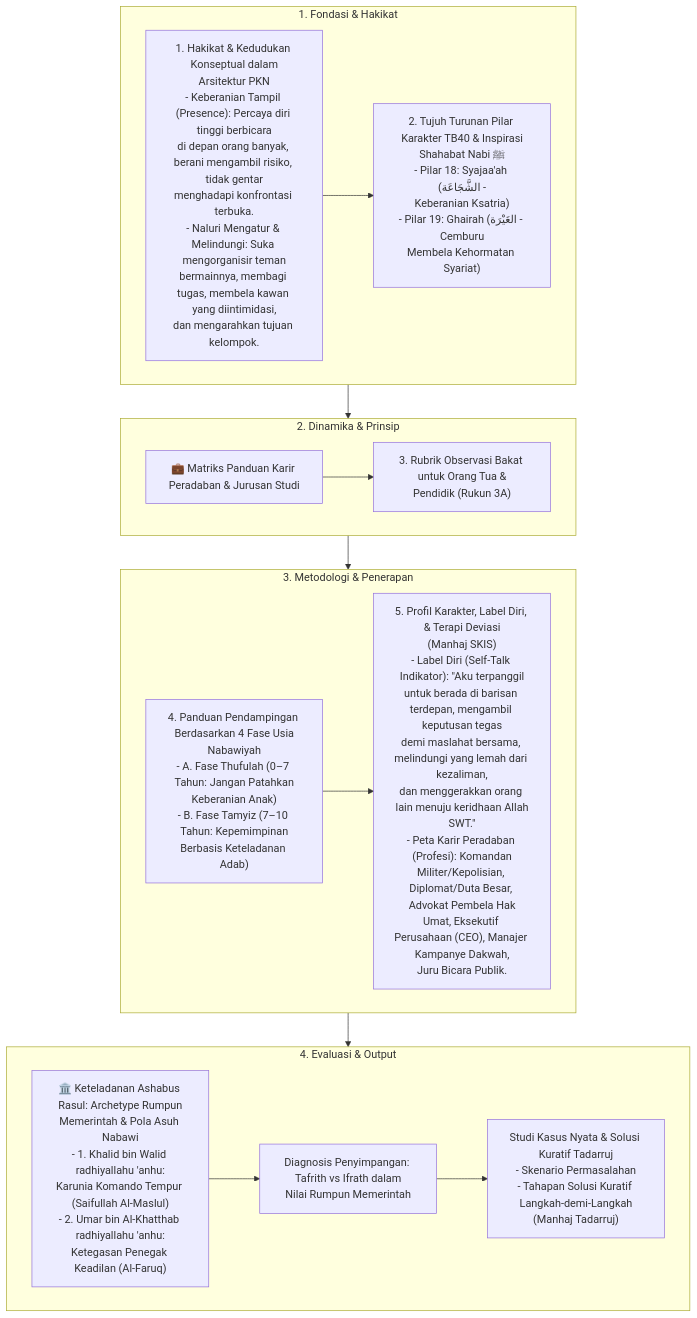
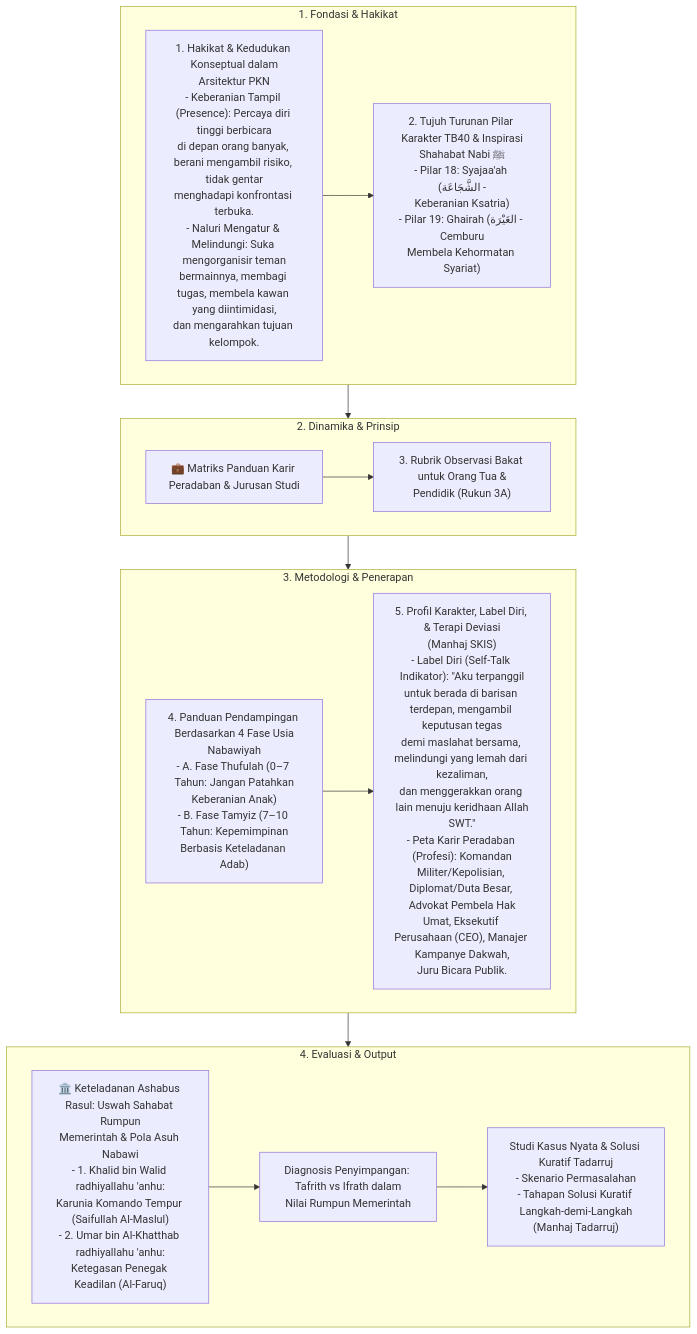
Before and after one commit to decaller/wiki-pkn: the diagram in content_flow/Dokumen Pendidikan Karakter Nabawiyah/Paradigma & Implementasi/Insan/Fitrah (Karakter)/Bakat/Memerintah.md, drawn with Mermaid. The commit also changed 410 other files, not shown here.

Commit message:
feat: create master Glosarium and purify terminology across repo (etape -> fase, archetype -> uswah)

````diff
--- a/content_flow/Dokumen Pendidikan Karakter Nabawiyah/Paradigma & Implementasi/Insan/Fitrah (Karakter)/Bakat/Memerintah.md
+++ b/content_flow/Dokumen Pendidikan Karakter Nabawiyah/Paradigma & Implementasi/Insan/Fitrah (Karakter)/Bakat/Memerintah.md
@@ -10,32 +10,32 @@
 ```mermaid
 flowchart TD
     subgraph S1["1. Fondasi & Hakikat"]
         N1_1["1. Hakikat & Kedudukan Konseptual dalam<br/>Arsitektur PKN<br/>- Keberanian Tampil (Presence): Percaya diri tinggi berbicara<br/>di depan orang banyak, berani mengambil risiko, tidak gentar<br/>menghadapi konfrontasi terbuka.<br/>- Naluri Mengatur & Melindungi: Suka mengorganisir teman<br/>bermainnya, membagi tugas, membela kawan yang diintimidasi,<br/>dan mengarahkan tujuan kelompok."]
         N1_2["2. Tujuh Turunan Pilar Karakter TB40 & Inspirasi<br/>Shahabat Nabi ﷺ<br/>- Pilar 18: Syajaa'ah (الشَّجَاعَة -<br/>Keberanian Ksatria)<br/>- Pilar 19: Ghairah (الغَيْرَة - Cemburu<br/>Membela Kehormatan Syariat)"]
         N1_1 --> N1_2
     end
 
     subgraph S2["2. Dinamika & Prinsip"]
         N2_1["💼 Matriks Panduan Karir Peradaban & Jurusan Studi"]
         N2_2["3. Rubrik Observasi Bakat untuk Orang Tua &<br/>Pendidik (Rukun 3A)"]
         N2_1 --> N2_2
     end
 
     subgraph S3["3. Metodologi & Penerapan"]
         N3_1["4. Panduan Pendampingan Berdasarkan 4 Fase Usia<br/>Nabawiyah<br/>- A. Fase Thufulah (0–7 Tahun: Jangan Patahkan<br/>Keberanian Anak)<br/>- B. Fase Tamyiz (7–10 Tahun: Kepemimpinan<br/>Berbasis Keteladanan Adab)"]
         N3_2["5. Profil Karakter, Label Diri, & Terapi Deviasi<br/>(Manhaj SKIS)<br/>- Label Diri (Self-Talk Indikator): &quot;Aku terpanggil<br/>untuk berada di barisan terdepan, mengambil keputusan tegas<br/>demi maslahat bersama, melindungi yang lemah dari kezaliman,<br/>dan menggerakkan orang lain menuju keridhaan Allah<br/>SWT.&quot;<br/>- Peta Karir Peradaban (Profesi): Komandan<br/>Militer/Kepolisian, Diplomat/Duta Besar, Advokat Pembela Hak<br/>Umat, Eksekutif Perusahaan (CEO), Manajer Kampanye Dakwah,<br/>Juru Bicara Publik."]
         N3_1 --> N3_2
     end
 
     subgraph S4["4. Evaluasi & Output"]
-        N4_1["🏛️ Keteladanan Ashabus Rasul: Archetype Rumpun<br/>Memerintah & Pola Asuh Nabawi<br/>- 1. Khalid bin Walid radhiyallahu 'anhu:<br/>Karunia Komando Tempur (Saifullah Al-Maslul)<br/>- 2. Umar bin Al-Khatthab radhiyallahu 'anhu:<br/>Ketegasan Penegak Keadilan (Al-Faruq)"]
+        N4_1["🏛️ Keteladanan Ashabus Rasul: Uswah Sahabat Rumpun<br/>Memerintah & Pola Asuh Nabawi<br/>- 1. Khalid bin Walid radhiyallahu 'anhu:<br/>Karunia Komando Tempur (Saifullah Al-Maslul)<br/>- 2. Umar bin Al-Khatthab radhiyallahu 'anhu:<br/>Ketegasan Penegak Keadilan (Al-Faruq)"]
         N4_2["Diagnosis Penyimpangan: Tafrith vs Ifrath dalam<br/>Nilai Rumpun Memerintah"]
         N4_1 --> N4_2
         N4_3["Studi Kasus Nyata & Solusi Kuratif Tadarruj<br/>- Skenario Permasalahan<br/>- Tahapan Solusi Kuratif Langkah-demi-Langkah<br/>(Manhaj Tadarruj)"]
         N4_2 --> N4_3
     end
 
     S1 --> S2
     S2 --> S3
     S3 --> S4
 ```
````
